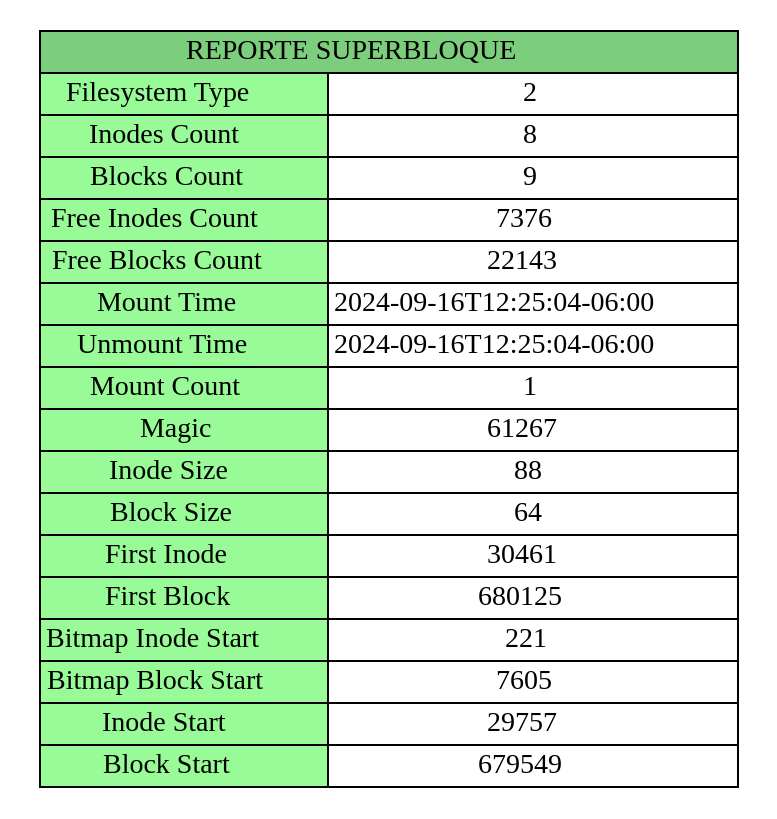
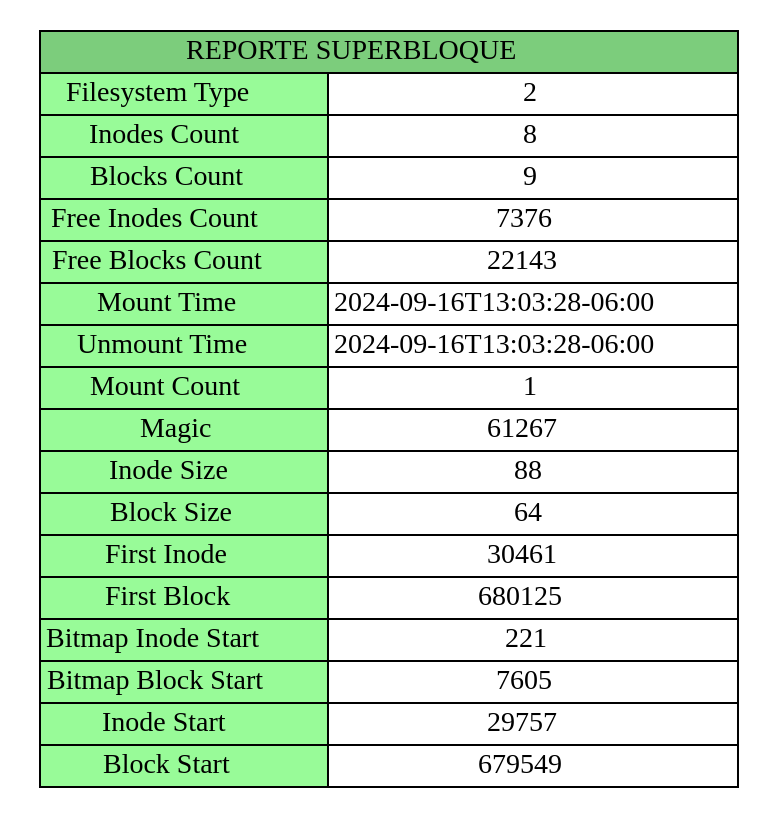
The diagram in server/output/sb1.dot (MMP119/MIA_2S_P1_202110509), drawn with Graphviz before and after one commit. The commit also changed 10 other files, not shown here.

```diff
--- a/server/output/sb1.dot
+++ b/server/output/sb1.dot
@@ -1,24 +1,24 @@
 digraph G {
 		node [shape=plaintext]
 		tabla [label=<
 			<table border="0" cellborder="1" cellspacing="0">
 				<tr><td colspan="2" bgcolor="palegreen3"> REPORTE SUPERBLOQUE </td></tr>
 				<tr><td bgcolor ="palegreen">Filesystem Type</td><td>2</td></tr>
 				<tr><td bgcolor ="palegreen">Inodes Count</td><td>8</td></tr>
 				<tr><td bgcolor ="palegreen">Blocks Count</td><td>9</td></tr>
 				<tr><td bgcolor ="palegreen">Free Inodes Count</td><td>7376</td></tr>
 				<tr><td bgcolor ="palegreen">Free Blocks Count</td><td>22143</td></tr>
-				<tr><td bgcolor ="palegreen">Mount Time</td><td>2024-09-16T12:25:04-06:00</td></tr>
-				<tr><td bgcolor ="palegreen">Unmount Time</td><td>2024-09-16T12:25:04-06:00</td></tr>
+				<tr><td bgcolor ="palegreen">Mount Time</td><td>2024-09-16T13:03:28-06:00</td></tr>
+				<tr><td bgcolor ="palegreen">Unmount Time</td><td>2024-09-16T13:03:28-06:00</td></tr>
 				<tr><td bgcolor ="palegreen">Mount Count</td><td>1</td></tr>
 				<tr><td bgcolor ="palegreen">Magic</td><td>61267</td></tr>
 				<tr><td bgcolor ="palegreen">Inode Size</td><td>88</td></tr>
 				<tr><td bgcolor ="palegreen">Block Size</td><td>64</td></tr>
 				<tr><td bgcolor ="palegreen">First Inode</td><td>30461</td></tr>
 				<tr><td bgcolor ="palegreen">First Block</td><td>680125</td></tr>
 				<tr><td bgcolor ="palegreen">Bitmap Inode Start</td><td>221</td></tr>
 				<tr><td bgcolor ="palegreen">Bitmap Block Start</td><td>7605</td></tr>
 				<tr><td bgcolor ="palegreen">Inode Start</td><td>29757</td></tr>
 				<tr><td bgcolor ="palegreen">Block Start</td><td>679549</td></tr>
 			</table>
 		>]}
```
